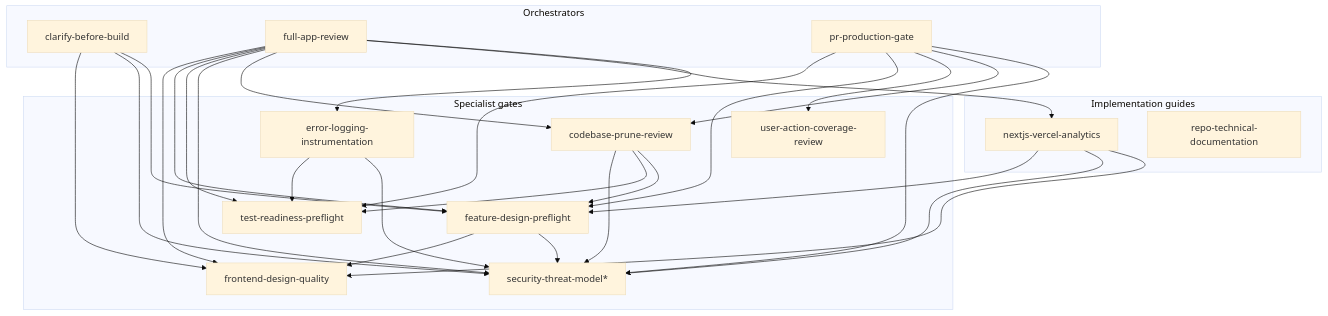
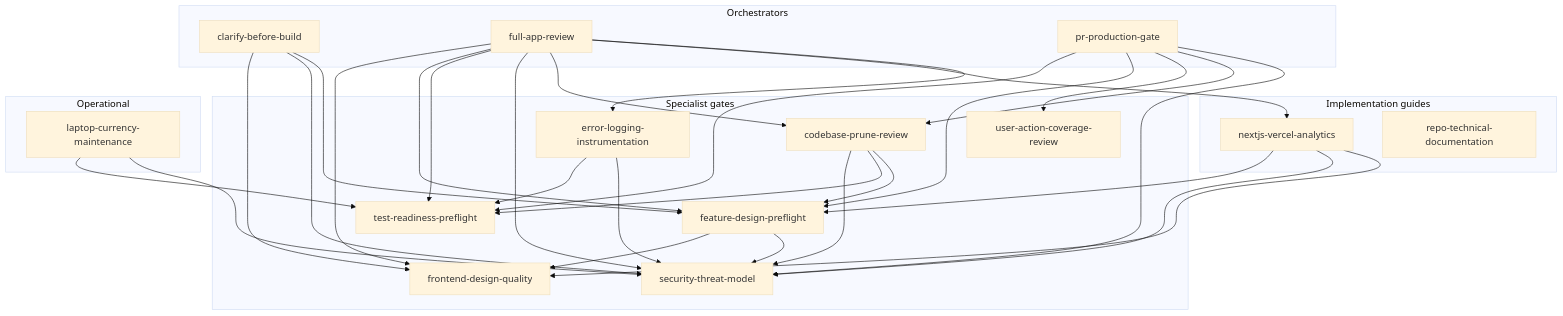
One commit to jimtin/production-ai changed the diagram in docs/skill-graph.md. Above: the diagram before and after it, drawn with Mermaid (base theme). The commit also changed other lines of this file and 16 other files, not shown here.

First line of the commit message:
Add security-threat-model (from-scratch, MIT) and laptop-currency-maintenance

````diff
--- a/docs/skill-graph.md
+++ b/docs/skill-graph.md
@@ -7,47 +7,52 @@
 ```mermaid
 graph TD
     subgraph Orchestrators
         CBB[clarify-before-build]
         FAR[full-app-review]
         PRG[pr-production-gate]
     end
     subgraph Specialist gates
         FDP[feature-design-preflight]
         FDQ[frontend-design-quality]
         TRP[test-readiness-preflight]
         UAC[user-action-coverage-review]
         CPR[codebase-prune-review]
         ELI[error-logging-instrumentation]
-        STM[security-threat-model*]
+        STM[security-threat-model]
     end
     subgraph Implementation guides
         NVA[nextjs-vercel-analytics]
         RTD[repo-technical-documentation]
+    end
+    subgraph Operational
+        LCM[laptop-currency-maintenance]
     end
 
     CBB --> FDQ
     CBB --> STM
     CBB --> FDP
     FAR --> FDQ
     FAR --> FDP
     FAR --> TRP
     FAR --> STM
     FAR --> CPR
     FAR --> NVA
     FAR --> ELI
     PRG --> TRP
     PRG --> FDP
     PRG --> UAC
     PRG --> CPR
     PRG --> STM
     CPR --> STM
     CPR --> TRP
     CPR --> FDP
     FDP --> FDQ
     FDP --> STM
     NVA --> FDP
     NVA --> STM
     NVA --> FDQ
     ELI --> TRP
     ELI --> STM
+    LCM --> TRP
+    LCM --> STM
 ```
````
